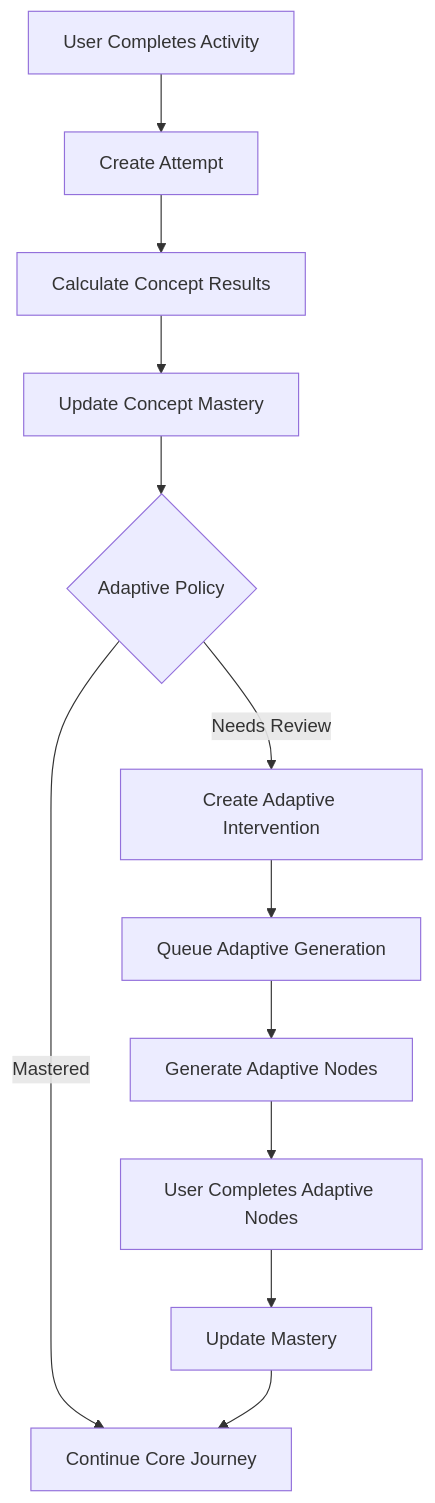
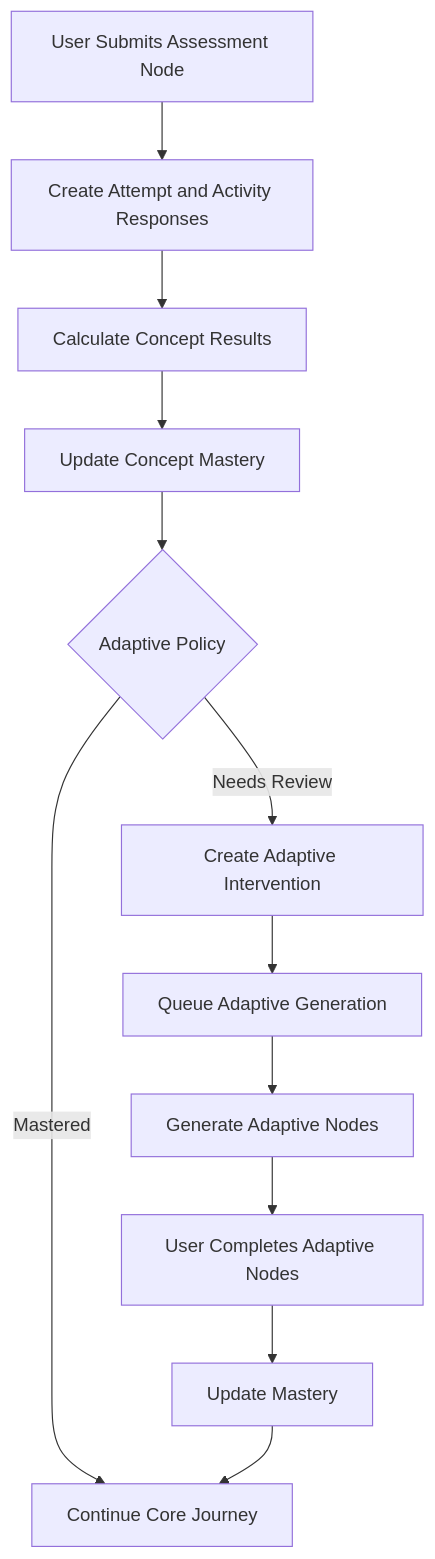
The third of 3 diagrams in docs/database-erd.md (manikandareas/ngertiin-v2), drawn with Mermaid before and after one commit. The commit also changed other lines of this file and 21 other files, not shown here.

````diff
--- a/docs/database-erd.md
+++ b/docs/database-erd.md
@@ -844,14 +863,14 @@
 ```mermaid
 flowchart TD
-    A[User Completes Activity] --> B[Create Attempt]
+    A[User Submits Assessment Node] --> B[Create Attempt and Activity Responses]
     B --> C[Calculate Concept Results]
     C --> D[Update Concept Mastery]
     D --> E{Adaptive Policy}
     E -->|Mastered| F[Continue Core Journey]
     E -->|Needs Review| G[Create Adaptive Intervention]
     G --> H[Queue Adaptive Generation]
     H --> I[Generate Adaptive Nodes]
     I --> J[User Completes Adaptive Nodes]
     J --> K[Update Mastery]
     K --> F
 ```
````
